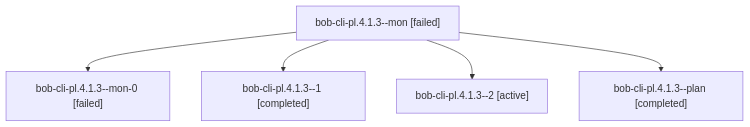
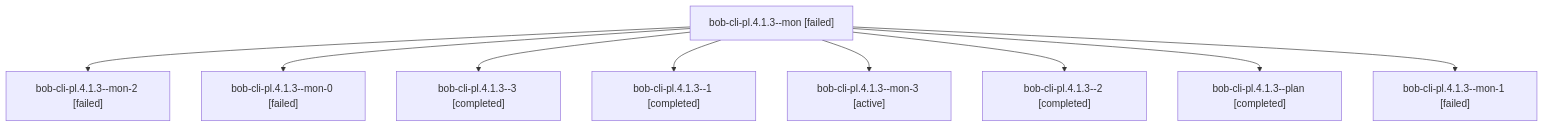
The diagram in sessions/bbugyi200.apollo.bob-cli-pl.4.1.3.md (bobs-org/bob-cli--agents), drawn with Mermaid before and after one commit. The commit also changed other lines of this file and 65 other files, not shown here.

````diff
--- a/sessions/bbugyi200.apollo.bob-cli-pl.4.1.3.md
+++ b/sessions/bbugyi200.apollo.bob-cli-pl.4.1.3.md
@@ -9,12 +9,20 @@
 ```mermaid
 flowchart TD
   n0["bob-cli-pl.4.1.3--mon [failed]"]
-  n1["bob-cli-pl.4.1.3--mon-0 [failed]"]
+  n1["bob-cli-pl.4.1.3--mon-2 [failed]"]
   n0 --> n1
-  n2["bob-cli-pl.4.1.3--1 [completed]"]
+  n2["bob-cli-pl.4.1.3--mon-0 [failed]"]
   n0 --> n2
-  n3["bob-cli-pl.4.1.3--2 [active]"]
+  n3["bob-cli-pl.4.1.3--3 [completed]"]
   n0 --> n3
-  n4["bob-cli-pl.4.1.3--plan [completed]"]
+  n4["bob-cli-pl.4.1.3--1 [completed]"]
   n0 --> n4
+  n5["bob-cli-pl.4.1.3--mon-3 [active]"]
+  n0 --> n5
+  n6["bob-cli-pl.4.1.3--2 [completed]"]
+  n0 --> n6
+  n7["bob-cli-pl.4.1.3--plan [completed]"]
+  n0 --> n7
+  n8["bob-cli-pl.4.1.3--mon-1 [failed]"]
+  n0 --> n8
 ```
````
